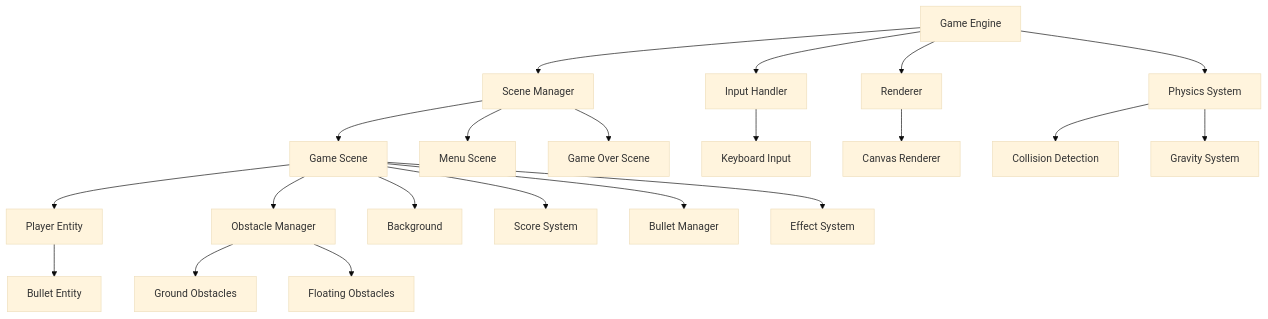
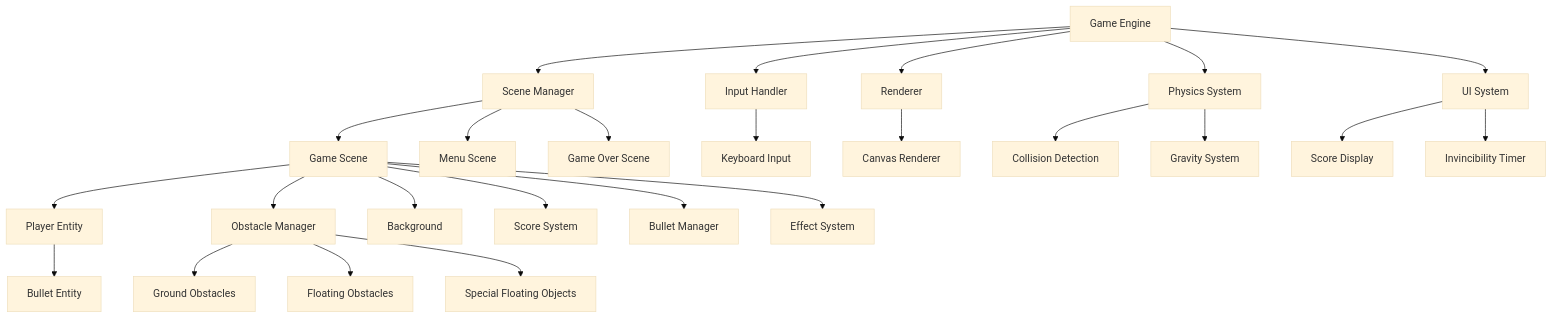
Before and after one commit to nero117/RUNING_MAIN: the diagram in .kiro/specs/web-runner-game/design.md, drawn with Mermaid (base theme). The commit also changed other lines of this file and 34 other files, not shown here.

````diff
--- a/.kiro/specs/web-runner-game/design.md
+++ b/.kiro/specs/web-runner-game/design.md
@@ -11,27 +11,31 @@
 ```mermaid
 graph TB
     A[Game Engine] --> B[Scene Manager]
     A --> C[Input Handler]
     A --> D[Renderer]
     A --> E[Physics System]
+    A --> F[UI System]
     
-    B --> F[Game Scene]
-    B --> G[Menu Scene]
-    B --> H[Game Over Scene]
+    B --> G[Game Scene]
+    B --> H[Menu Scene]
+    B --> I[Game Over Scene]
     
-    F --> I[Player Entity]
-    F --> J[Obstacle Manager]
-    F --> K[Background]
-    F --> L[Score System]
-    F --> M[Bullet Manager]
-    F --> N[Effect System]
+    G --> J[Player Entity]
+    G --> K[Obstacle Manager]
+    G --> L[Background]
+    G --> M[Score System]
+    G --> N[Bullet Manager]
+    G --> O[Effect System]
     
-    C --> O[Keyboard Input]
-    D --> P[Canvas Renderer]
-    E --> Q[Collision Detection]
-    E --> R[Gravity System]
+    C --> P[Keyboard Input]
+    D --> Q[Canvas Renderer]
+    E --> R[Collision Detection]
+    E --> S[Gravity System]
+    F --> T[Score Display]
+    F --> U[Invincibility Timer]
     
-    I --> S[Bullet Entity]
-    J --> T[Ground Obstacles]
-    J --> U[Floating Obstacles]
+    J --> V[Bullet Entity]
+    K --> W[Ground Obstacles]
+    K --> X[Floating Obstacles]
+    K --> Y[Special Floating Objects]
 ```
````
